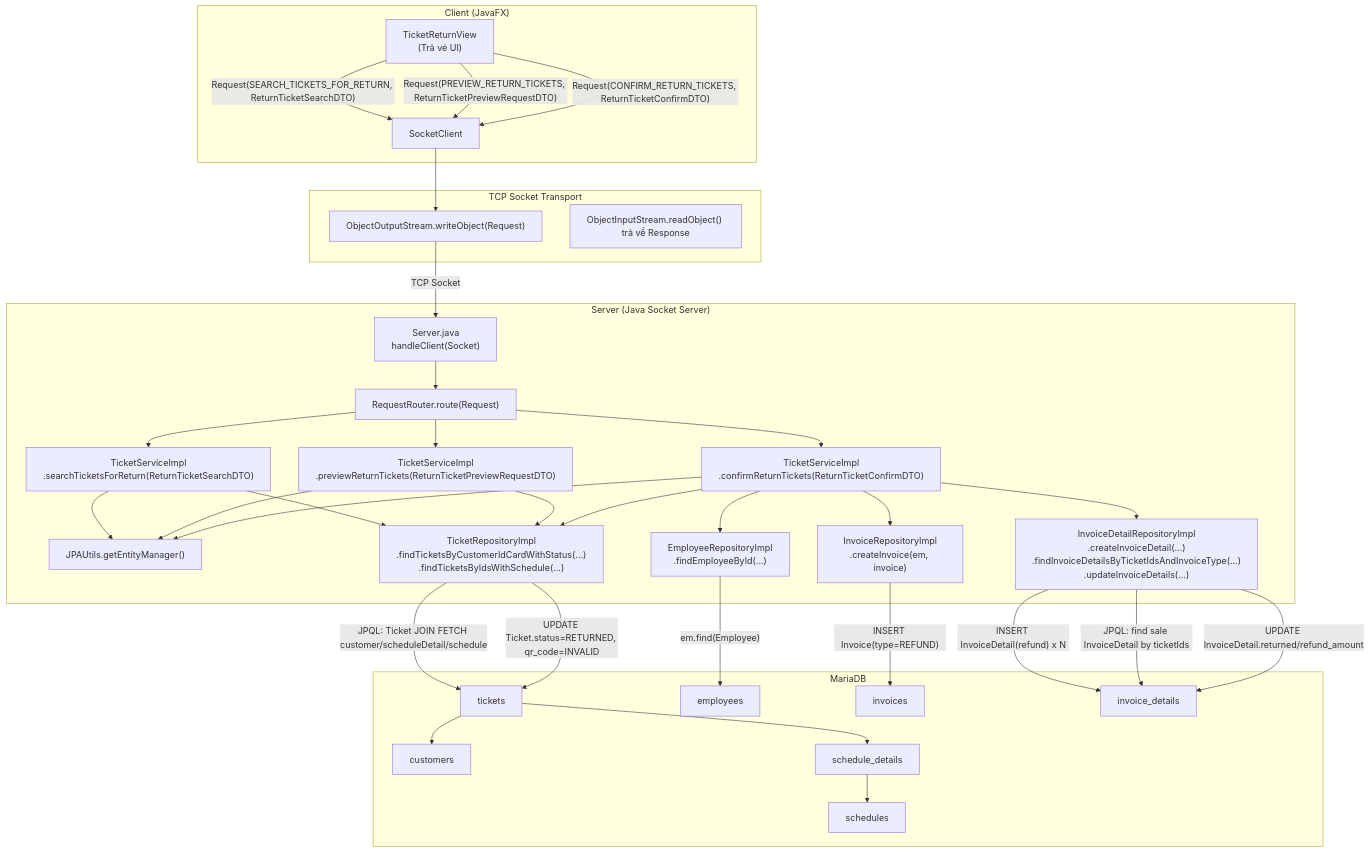
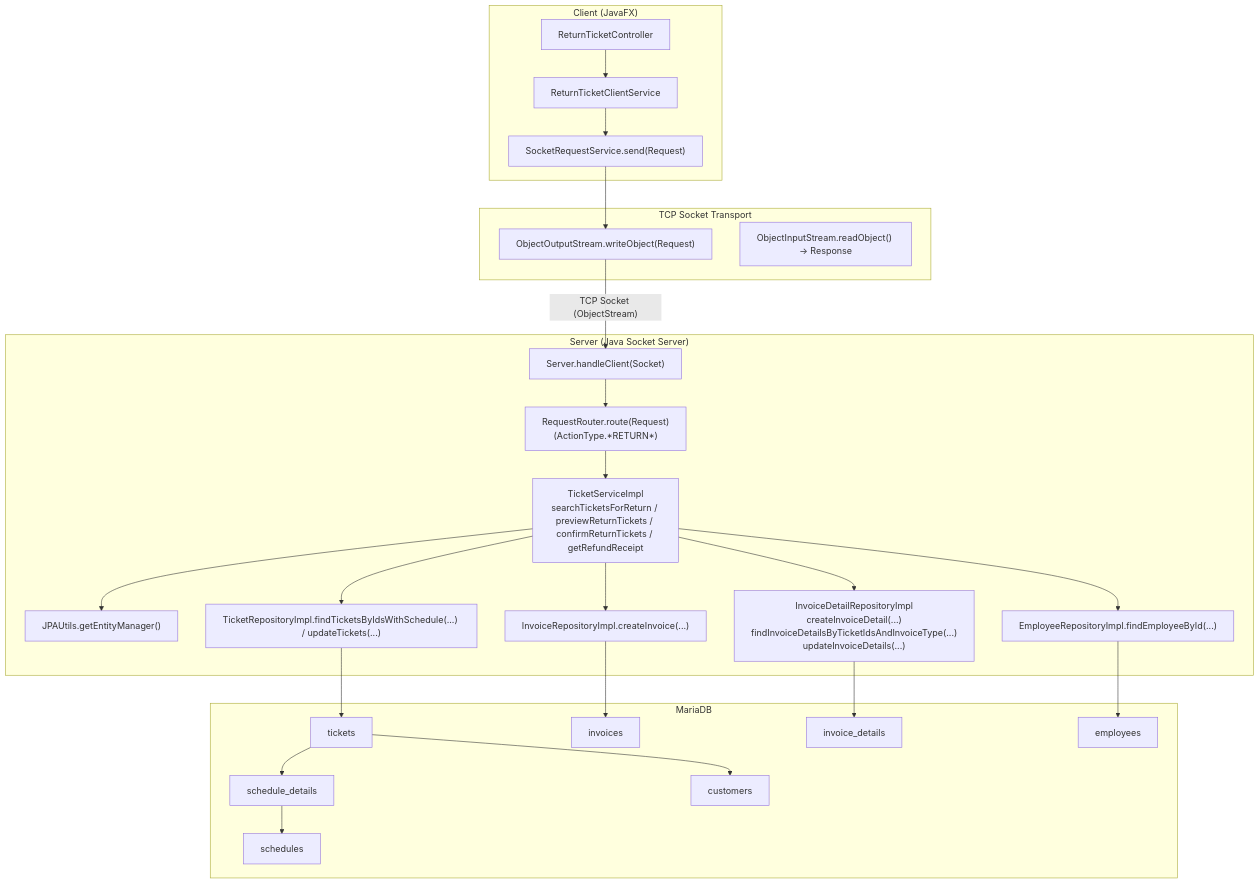
The first of 3 diagrams in docs/diagrams/sequence/uc003-tra-ve.md (Distributed-Programing-Project/railway-reservation-system-server), drawn with Mermaid before and after one commit. The commit also changed other lines of this file and 14 other files, not shown here.

````diff
--- a/docs/diagrams/sequence/uc003-tra-ve.md
+++ b/docs/diagrams/sequence/uc003-tra-ve.md
@@ -7,69 +7,44 @@
 ```mermaid
 graph TB
-    subgraph CLIENT ["Client (JavaFX)"]
-        UI["TicketReturnView<br/>(Trả vé UI)"]
-        SC["SocketClient"]
-    end
+  subgraph CLIENT["Client (JavaFX)"]
+    UI["ReturnTicketController"]
+    CS["ReturnTicketClientService"]
+    SRS["SocketRequestService.send(Request)"]
+  end
 
-    subgraph TRANSPORT ["TCP Socket Transport"]
-        OOS["ObjectOutputStream.writeObject(Request)"]
-        OIS["ObjectInputStream.readObject() trả về Response"]
-    end
+  subgraph TRANSPORT["TCP Socket Transport"]
+    OOS["ObjectOutputStream.writeObject(Request)"]
+    OIS["ObjectInputStream.readObject() -> Response"]
+  end
 
-    subgraph SERVER ["Server (Java Socket Server)"]
-        SRV["Server.java<br/>handleClient(Socket)"]
-        RR["RequestRouter.route(Request)"]
-        SVC1["TicketServiceImpl<br/>.searchTicketsForReturn(ReturnTicketSearchDTO)"]
-        SVC2["TicketServiceImpl<br/>.previewReturnTickets(ReturnTicketPreviewRequestDTO)"]
-        SVC3["TicketServiceImpl<br/>.confirmReturnTickets(ReturnTicketConfirmDTO)"]
-        JPA["JPAUtils.getEntityManager()"]
-        T_REPO["TicketRepositoryImpl<br/>.findTicketsByCustomerIdCardWithStatus(...)<br/>.findTicketsByIdsWithSchedule(...)"]
-        E_REPO["EmployeeRepositoryImpl<br/>.findEmployeeById(...)"]
-        I_REPO["InvoiceRepositoryImpl<br/>.createInvoice(em, invoice)"]
-        ID_REPO["InvoiceDetailRepositoryImpl<br/>.createInvoiceDetail(...)<br/>.findInvoiceDetailsByTicketIdsAndInvoiceType(...)<br/>.updateInvoiceDetails(...)"]
-    end
+  subgraph SERVER["Server (Java Socket Server)"]
+    SRV["Server.handleClient(Socket)"]
+    RR["RequestRouter.route(Request)<br/>(ActionType.*RETURN*)"]
+    SVC["TicketServiceImpl<br/>searchTicketsForReturn / previewReturnTickets / confirmReturnTickets / getRefundReceipt"]
+    JPA["JPAUtils.getEntityManager()"]
+    T_REPO["TicketRepositoryImpl.findTicketsByIdsWithSchedule(...) / updateTickets(...)"]
+    INV_REPO["InvoiceRepositoryImpl.createInvoice(...)"]
+    INVD_REPO["InvoiceDetailRepositoryImpl<br/>createInvoiceDetail(...)<br/>findInvoiceDetailsByTicketIdsAndInvoiceType(...)<br/>updateInvoiceDetails(...)"]
+    E_REPO["EmployeeRepositoryImpl.findEmployeeById(...)"]
+  end
 
-    subgraph DB ["MariaDB"]
-        T_TICKET["tickets"]
-        T_CUS["customers"]
-        T_SD["schedule_details"]
-        T_SCH["schedules"]
-        T_EMP["employees"]
-        T_INV["invoices"]
-        T_INVD["invoice_details"]
-    end
+  subgraph DB["MariaDB"]
+    T_TICKET["tickets"]
+    T_SCH["schedules"]
+    T_SD["schedule_details"]
+    T_INV["invoices"]
+    T_INVD["invoice_details"]
+    T_EMP["employees"]
+    T_CUS["customers"]
+  end
 
-    UI -- "Request(SEARCH_TICKETS_FOR_RETURN, ReturnTicketSearchDTO)" --> SC
-    UI -- "Request(PREVIEW_RETURN_TICKETS, ReturnTicketPreviewRequestDTO)" --> SC
-    UI -- "Request(CONFIRM_RETURN_TICKETS, ReturnTicketConfirmDTO)" --> SC
-
-    SC --> OOS
-    OOS -- "TCP Socket" --> SRV
-    SRV --> RR
-    RR --> SVC1
-    RR --> SVC2
-    RR --> SVC3
-
-    SVC1 --> JPA
-    SVC2 --> JPA
-    SVC3 --> JPA
-
-    SVC1 --> T_REPO
-    SVC2 --> T_REPO
-    SVC3 --> T_REPO
-    SVC3 --> E_REPO
-    SVC3 --> I_REPO
-    SVC3 --> ID_REPO
-
-    T_REPO -- "JPQL: Ticket JOIN FETCH customer/scheduleDetail/schedule" --> T_TICKET
-    E_REPO -- "em.find(Employee)" --> T_EMP
-    I_REPO -- "INSERT Invoice(type=REFUND)" --> T_INV
-    ID_REPO -- "INSERT InvoiceDetail(refund) x N" --> T_INVD
-    ID_REPO -- "JPQL: find sale InvoiceDetail by ticketIds" --> T_INVD
-    ID_REPO -- "UPDATE InvoiceDetail.returned/refund_amount" --> T_INVD
-    T_REPO -- "UPDATE Ticket.status=RETURNED, qr_code=INVALID" --> T_TICKET
-
-    T_TICKET --> T_CUS
-    T_TICKET --> T_SD
-    T_SD --> T_SCH
+  UI --> CS --> SRS --> OOS
+  OOS -- "TCP Socket (ObjectStream)" --> SRV
+  SRV --> RR --> SVC --> JPA
+  SVC --> T_REPO --> T_TICKET
+  SVC --> INV_REPO --> T_INV
+  SVC --> INVD_REPO --> T_INVD
+  SVC --> E_REPO --> T_EMP
+  T_TICKET --> T_SD --> T_SCH
+  T_TICKET --> T_CUS
 ```
````
